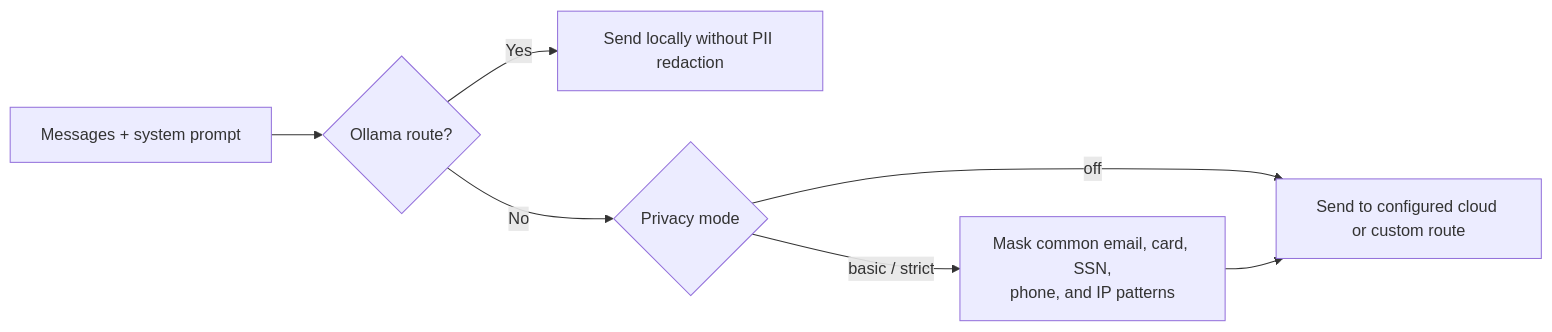
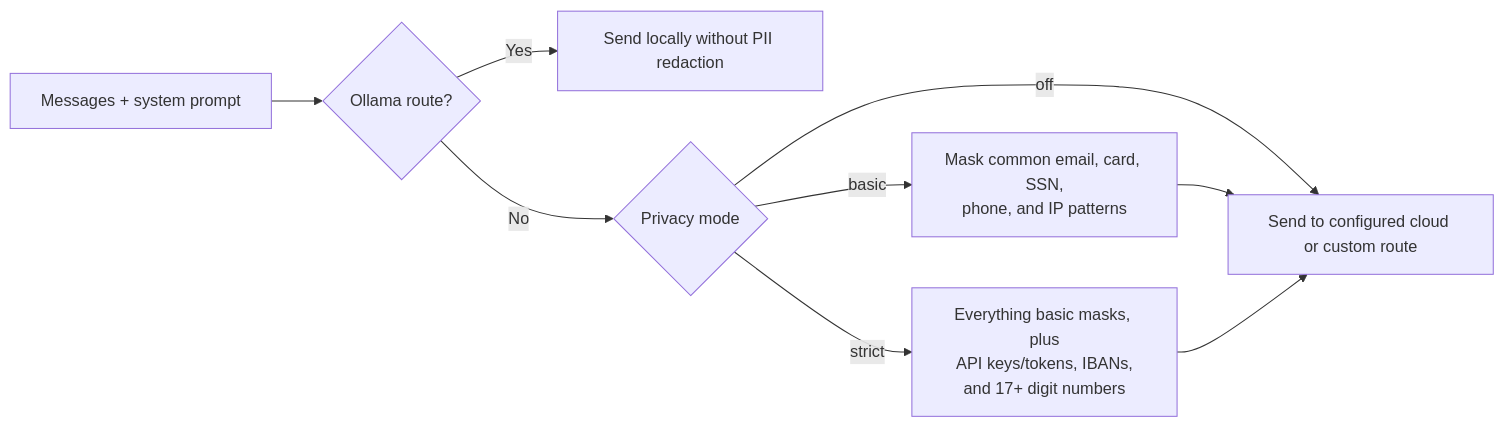
Before and after one commit to zaidt156/Orrery: diagram 19 of 22 in ARCHITECTURE.md, drawn with Mermaid. The commit also changed other lines of this file and 5 other files, not shown here.

````diff
--- a/ARCHITECTURE.md
+++ b/ARCHITECTURE.md
@@ -623,9 +623,11 @@
 ```mermaid
 flowchart LR
     assembled["Messages + system prompt"] --> local{"Ollama route?"}
     local -->|"Yes"| ollama["Send locally without PII redaction"]
     local -->|"No"| mode{"Privacy mode"}
     mode -->|"off"| cloud["Send to configured cloud or custom route"]
-    mode -->|"basic / strict"| redact["Mask common email, card, SSN,<br/>phone, and IP patterns"]
+    mode -->|"basic"| redact["Mask common email, card, SSN,<br/>phone, and IP patterns"]
+    mode -->|"strict"| strict["Everything basic masks, plus<br/>API keys/tokens, IBANs,<br/>and 17+ digit numbers"]
     redact --> cloud
+    strict --> cloud
 ```
````
